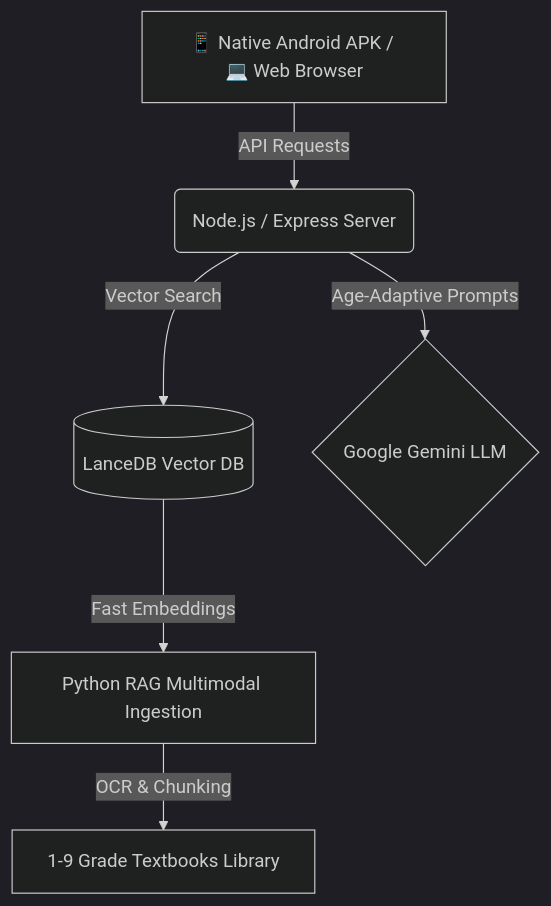
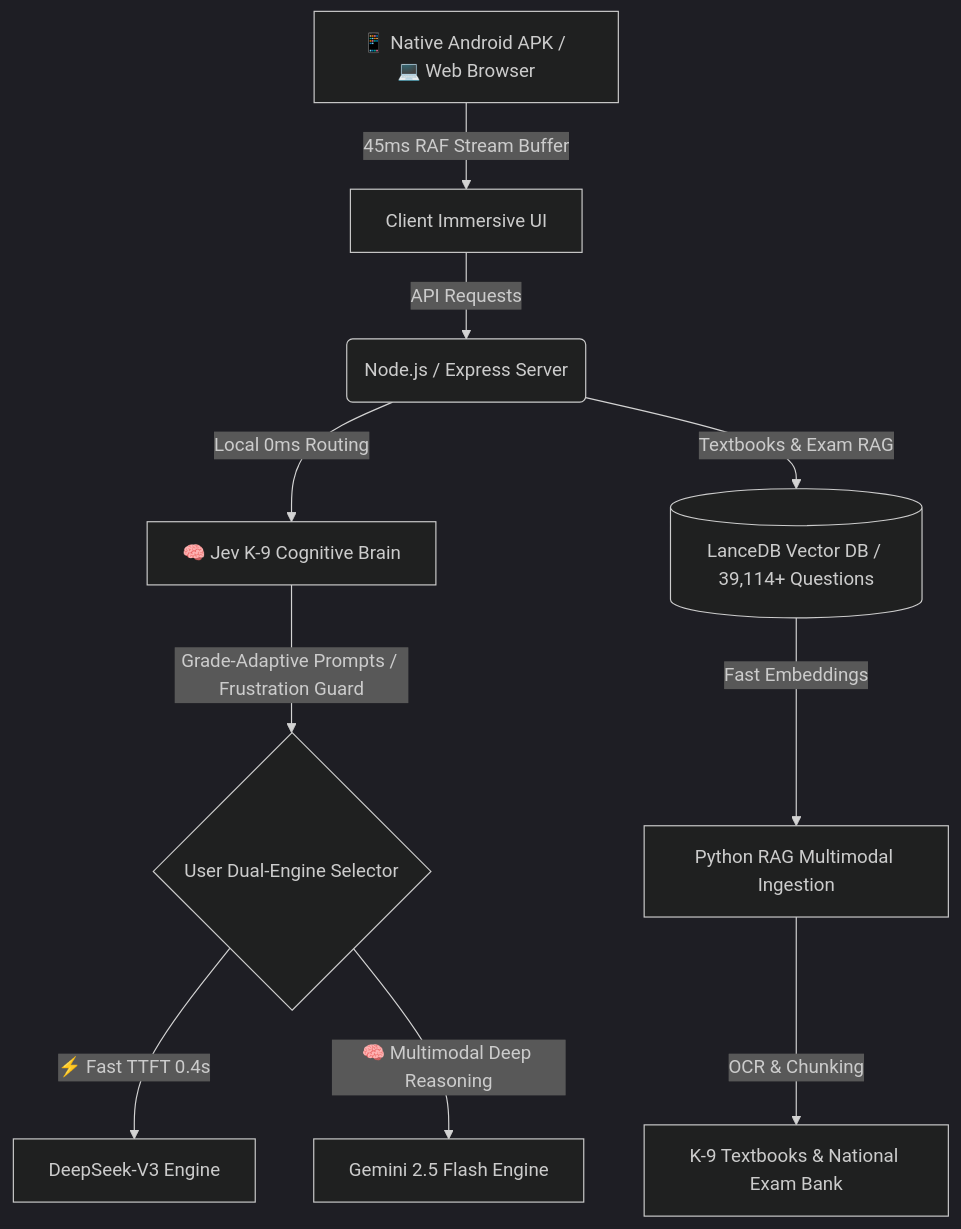
One commit to Zenglian990/AI_Tutor_Release changed the diagram in README_en.md. Above: the diagram before and after it, drawn with Mermaid (dark theme). The commit also changed other lines of this file and 1 other file, not shown here.

Commit message:
docs: update README.md and README_en.md for v1.3.7 dual-engine and Jev release

````diff
--- a/README_en.md
+++ b/README_en.md
@@ -121,8 +135,12 @@
 ```mermaid
 graph TD
-    UserApp[📱 Native Android APK / 💻 Web Browser] -->|API Requests| Server(Node.js / Express Server)
-    Server -->|Vector Search| LanceDB[(LanceDB Vector DB)]
-    Server -->|Age-Adaptive Prompts| Gemini{Google Gemini LLM}
+    UserApp[📱 Native Android APK / 💻 Web Browser] -->|45ms RAF Stream Buffer| ClientUI[Client Immersive UI]
+    ClientUI -->|API Requests| Server(Node.js / Express Server)
+    Server -->|Local 0ms Routing| JevEngine[🧠 Jev K-9 Cognitive Brain]
+    JevEngine -->|Grade-Adaptive Prompts / Frustration Guard| ModelRouter{User Dual-Engine Selector}
+    ModelRouter -->|⚡ Fast TTFT 0.4s| DeepSeek[DeepSeek-V3 Engine]
+    ModelRouter -->|🧠 Multimodal Deep Reasoning| Gemini[Gemini 2.5 Flash Engine]
+    Server -->|Textbooks & Exam RAG| LanceDB[(LanceDB Vector DB / 39,114+ Questions)]
     LanceDB -->|Fast Embeddings| PythonRAG[Python RAG Multimodal Ingestion]
-    PythonRAG -->|OCR & Chunking| Textbooks[1-9 Grade Textbooks Library]
+    PythonRAG -->|OCR & Chunking| Textbooks[K-9 Textbooks & National Exam Bank]
 ```
````
